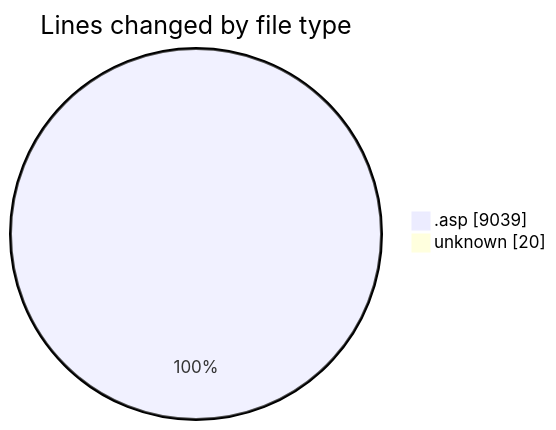
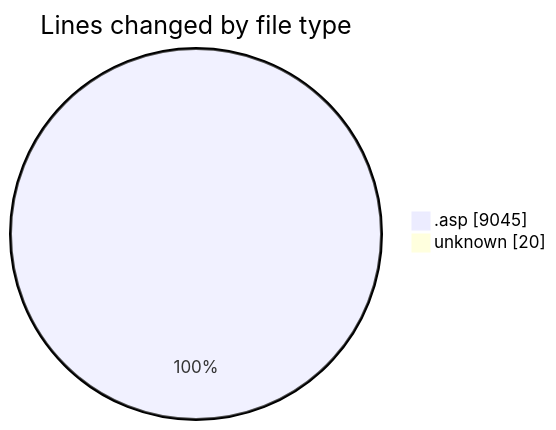
Before and after one commit to julien-gomy/code-tracking: the first of 2 diagrams in 2025-10-27/cdp_aleoudev_fr__workspace_/README.md, drawn with Mermaid. The commit also changed other lines of this file and 1 other file, not shown here.

````diff
--- a/2025-10-27/cdp_aleoudev_fr__workspace_/README.md
+++ b/2025-10-27/cdp_aleoudev_fr__workspace_/README.md
@@ -30,6 +30,6 @@
 ```mermaid
 pie showData
 title Lines changed by file type
-".asp" : 9039
+".asp" : 9045
 "unknown" : 20
 ```
````
